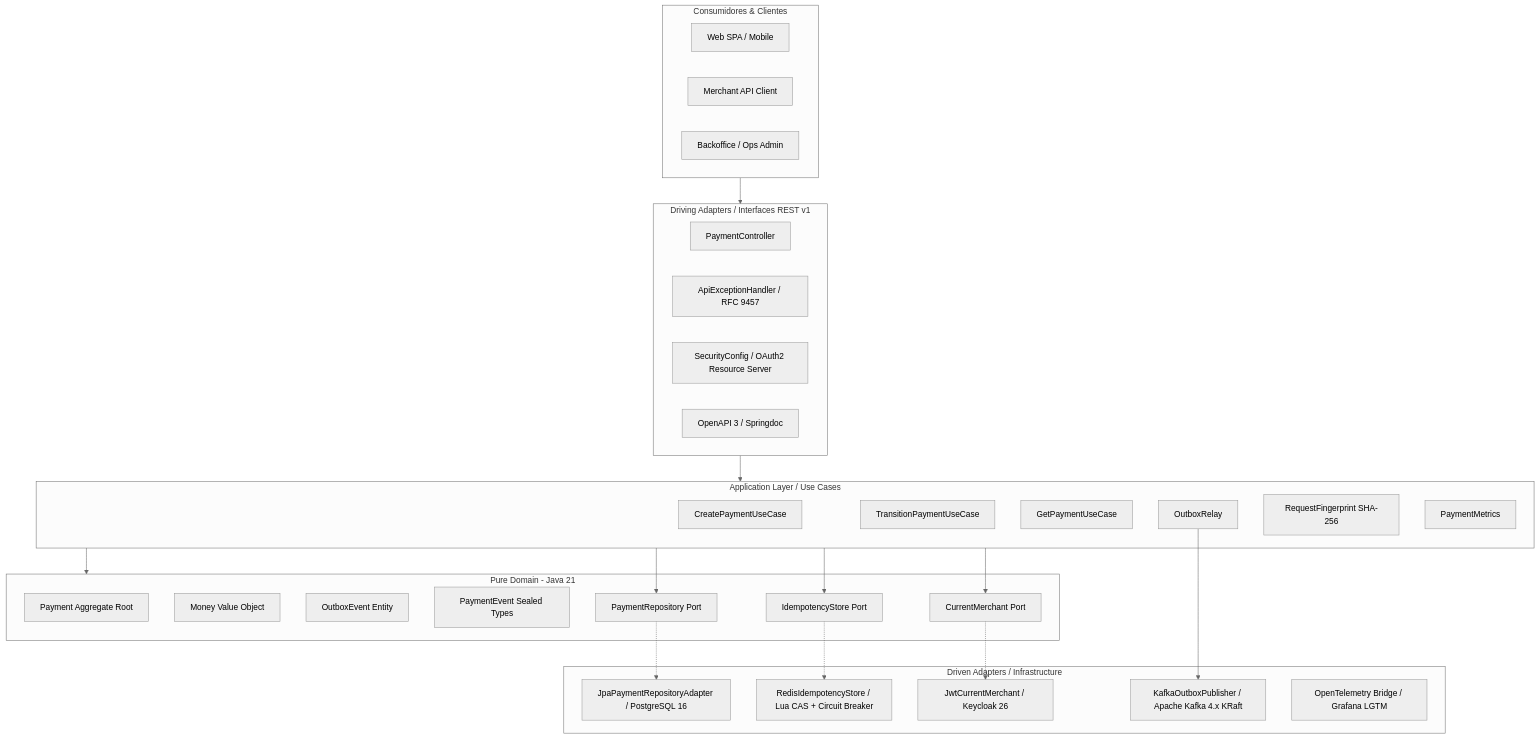
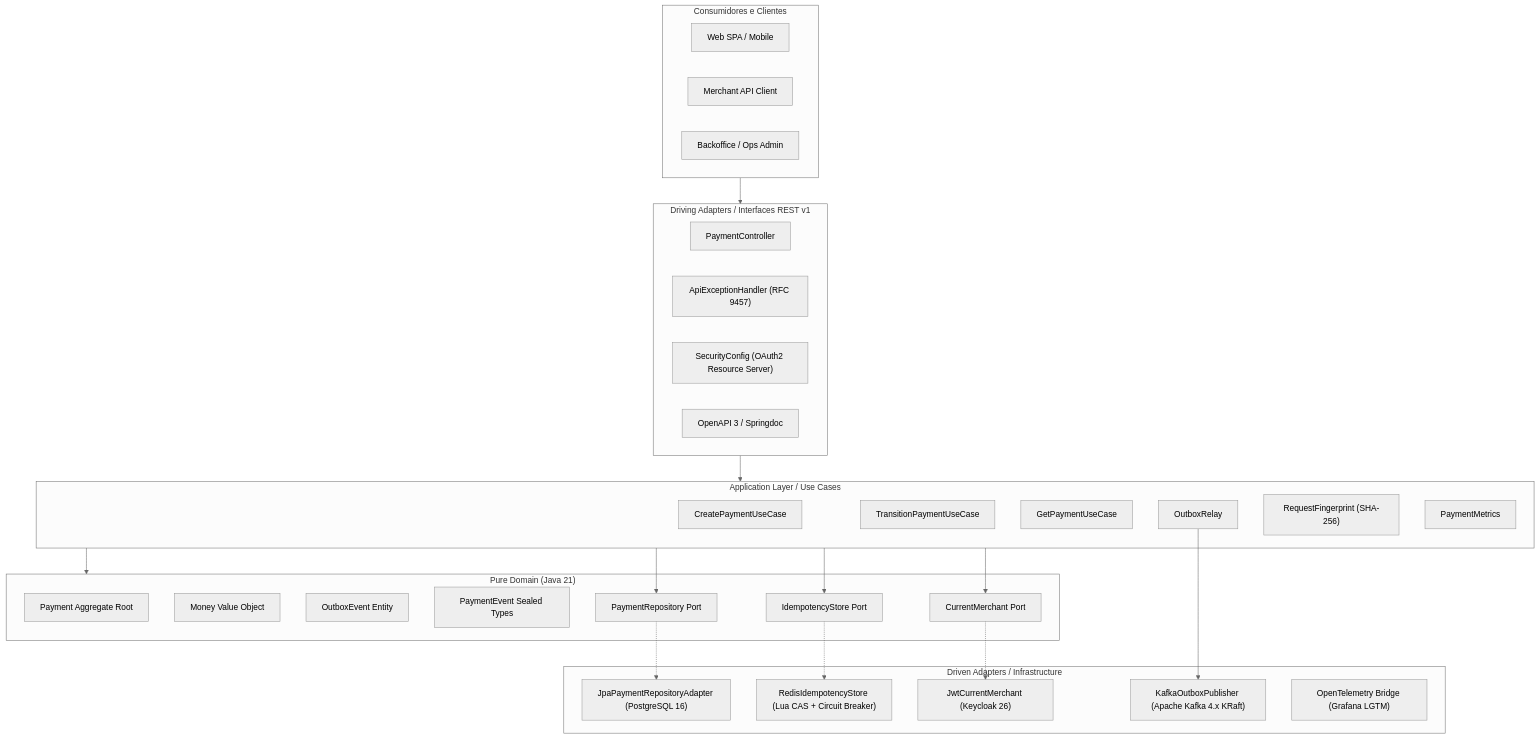
The first of 4 diagrams in README.md (Bettonix/payments-api), drawn with Mermaid (neutral theme) before and after one commit. The commit also changed other lines of this file and 4 other files, not shown here.

Commit message:
fix: configure prometheus scraping in lgtm, align dashboard metric queries, and fix mermaid diagrams in readme

````diff
--- a/README.md
+++ b/README.md
@@ -43,53 +43,53 @@
 ```mermaid
 graph TD
-    subgraph ClientLayer [Consumidores & Clientes]
-        SPA[Web SPA / Mobile]
-        Partner[Merchant API Client]
-        Ops[Backoffice / Ops Admin]
+    subgraph ClientLayer ["Consumidores e Clientes"]
+        SPA["Web SPA / Mobile"]
+        Partner["Merchant API Client"]
+        Ops["Backoffice / Ops Admin"]
     end
 
-    subgraph InterfaceAdapters [Driving Adapters / Interfaces REST v1]
-        PC[PaymentController]
-        AEH[ApiExceptionHandler / RFC 9457]
-        SEC[SecurityConfig / OAuth2 Resource Server]
-        Swagger[OpenAPI 3 / Springdoc]
+    subgraph InterfaceAdapters ["Driving Adapters / Interfaces REST v1"]
+        PC["PaymentController"]
+        AEH["ApiExceptionHandler (RFC 9457)"]
+        SEC["SecurityConfig (OAuth2 Resource Server)"]
+        Swagger["OpenAPI 3 / Springdoc"]
     end
 
-    subgraph ApplicationLayer [Application Layer / Use Cases]
-        CP[CreatePaymentUseCase]
-        TP[TransitionPaymentUseCase]
-        GP[GetPaymentUseCase]
-        OR[OutboxRelay]
-        RF[RequestFingerprint SHA-256]
-        PM[PaymentMetrics]
+    subgraph ApplicationLayer ["Application Layer / Use Cases"]
+        CP["CreatePaymentUseCase"]
+        TP["TransitionPaymentUseCase"]
+        GP["GetPaymentUseCase"]
+        OR["OutboxRelay"]
+        RF["RequestFingerprint (SHA-256)"]
+        PM["PaymentMetrics"]
     end
 
-    subgraph PureDomain [Pure Domain - Java 21]
-        P[Payment Aggregate Root]
-        M[Money Value Object]
-        OE[OutboxEvent Entity]
-        PE[PaymentEvent Sealed Types]
-        PR[PaymentRepository Port]
-        IS[IdempotencyStore Port]
-        CM[CurrentMerchant Port]
+    subgraph PureDomain ["Pure Domain (Java 21)"]
+        P["Payment Aggregate Root"]
+        M["Money Value Object"]
+        OE["OutboxEvent Entity"]
+        PE["PaymentEvent Sealed Types"]
+        PR["PaymentRepository Port"]
+        IS["IdempotencyStore Port"]
+        CM["CurrentMerchant Port"]
     end
 
-    subgraph DrivenAdapters [Driven Adapters / Infrastructure]
-        JPA[JpaPaymentRepositoryAdapter / PostgreSQL 16]
-        RIS[RedisIdempotencyStore / Lua CAS + Circuit Breaker]
-        KOP[KafkaOutboxPublisher / Apache Kafka 4.x KRaft]
-        JWT[JwtCurrentMerchant / Keycloak 26]
-        OTEL[OpenTelemetry Bridge / Grafana LGTM]
+    subgraph DrivenAdapters ["Driven Adapters / Infrastructure"]
+        JPA["JpaPaymentRepositoryAdapter (PostgreSQL 16)"]
+        RIS["RedisIdempotencyStore (Lua CAS + Circuit Breaker)"]
+        KOP["KafkaOutboxPublisher (Apache Kafka 4.x KRaft)"]
+        JWT["JwtCurrentMerchant (Keycloak 26)"]
+        OTEL["OpenTelemetry Bridge (Grafana LGTM)"]
     end
 
     ClientLayer --> InterfaceAdapters
     InterfaceAdapters --> ApplicationLayer
     ApplicationLayer --> PureDomain
     ApplicationLayer --> PR
     ApplicationLayer --> IS
     ApplicationLayer --> CM
     PR -.-> JPA
     IS -.-> RIS
     CM -.-> JWT
     OR --> KOP
 ```
````
